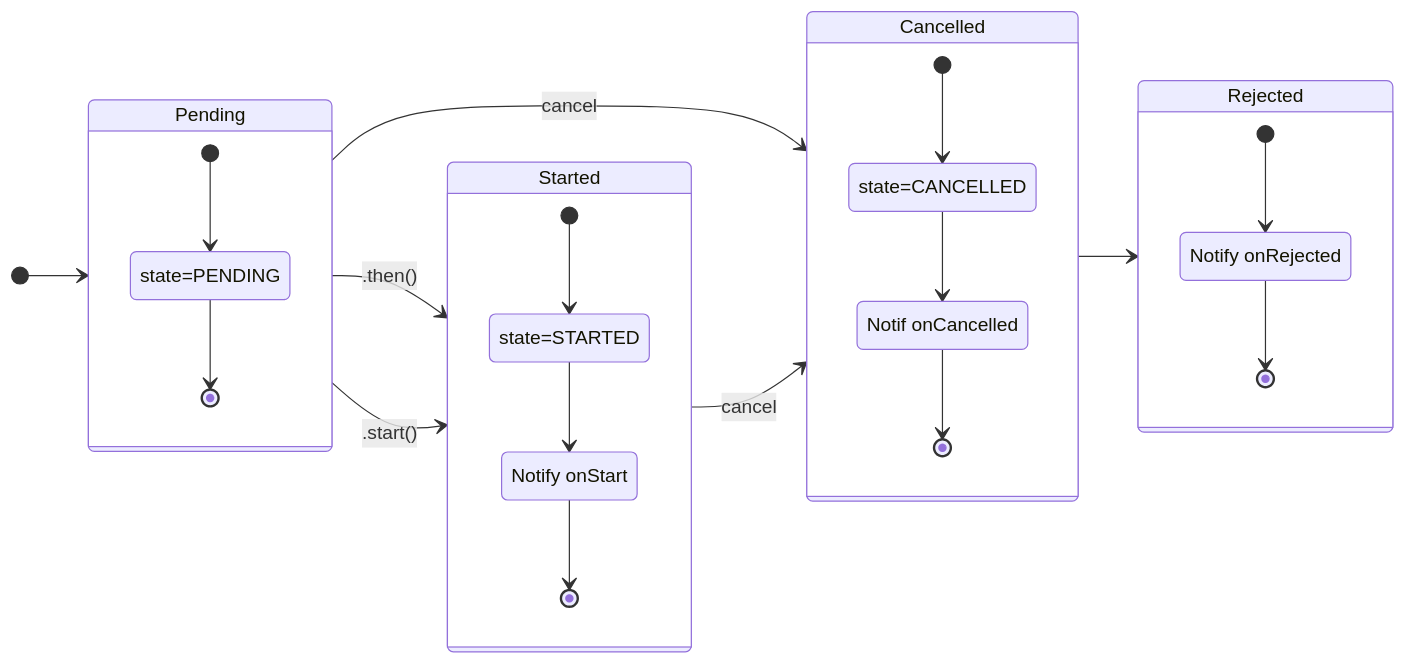
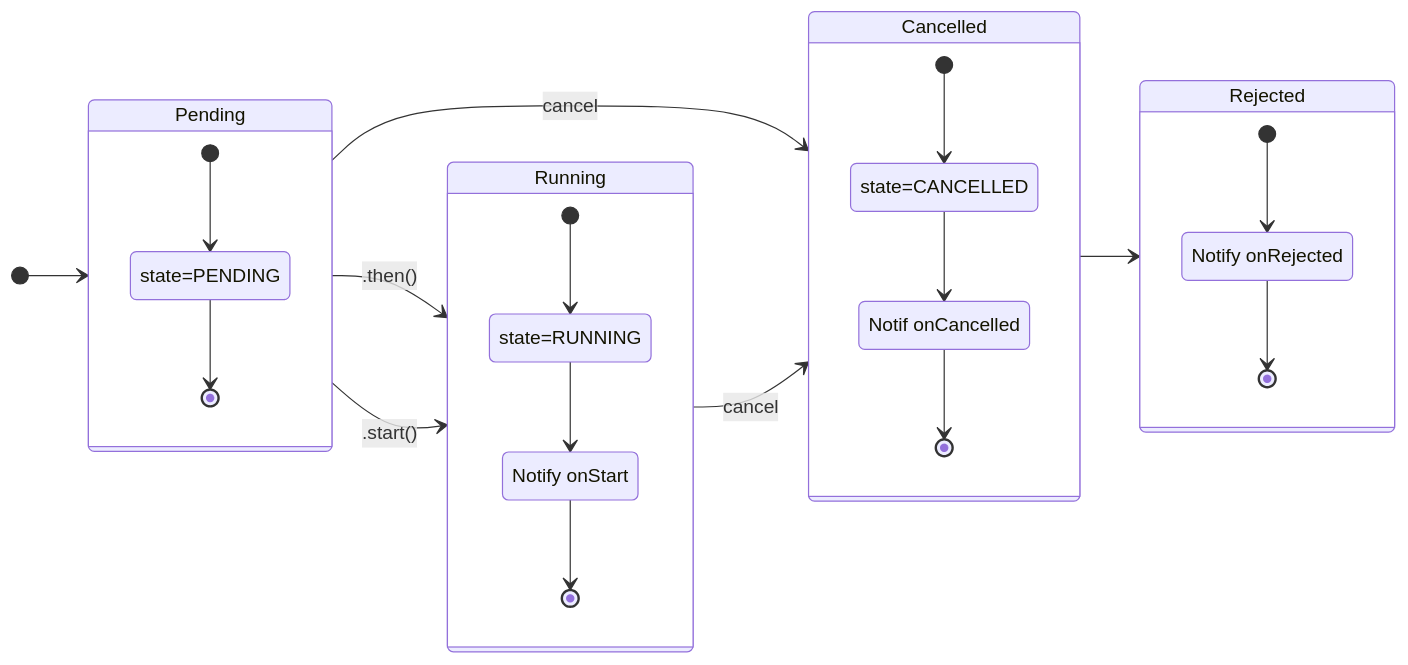
The diagram in src/assets/cancel.mmd (BobKerns/better-future), drawn with Mermaid before and after one commit. The commit also changed 12 other files, not shown here.

Commit message:
Rename STARTED to RUNNING

```diff
--- a/src/assets/cancel.mmd
+++ b/src/assets/cancel.mmd
@@ -1,33 +1,33 @@
 stateDiagram-v2
     direction LR
 
     [*] --> Pending
-    Pending --> Started : .then()
-    Pending --> Started : .start()
+    Pending --> Running : .then()
+    Pending --> Running : .start()
     Pending --> Cancelled : cancel
-    Started --> Cancelled : cancel
+    Running --> Cancelled : cancel
     Cancelled --> Rejected
 
     state Pending {
       [*] --> state=PENDING
       state=PENDING --> [*]
     }
 
-    state Started {
-      [*] --> state=STARTED
-      state=STARTED --> NotifyStarted
+    state Running {
+      [*] --> state=RUNNING
+      state=RUNNING --> NotifyStarted
       NotifyStarted --> [*]
       NotifyStarted : Notify onStart
     }
     state Rejected {
       [*] --> NotifyRejected
       NotifyRejected --> [*]
       NotifyRejected : Notify onRejected
     }
 
     state Cancelled {
       [*] --> state=CANCELLED
       state=CANCELLED --> NotifyCancelled
       NotifyCancelled --> [*]
       NotifyCancelled: Notif onCancelled
     }
```
